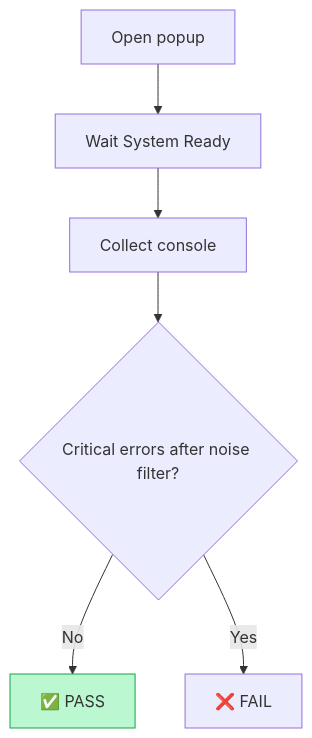
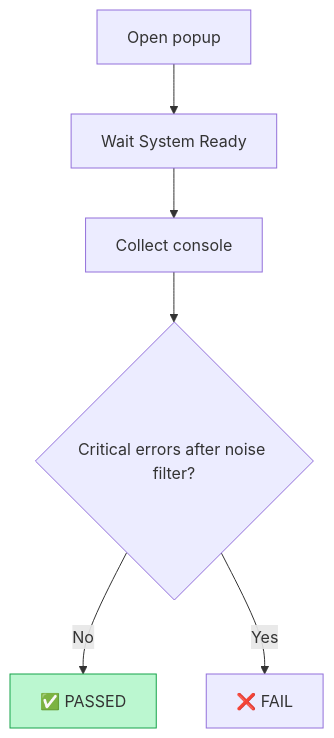
Before and after one commit to GeoWGS84-Testing/Mrsid-Extension: the sixth of 38 diagrams in README.md, drawn with Mermaid. The commit also changed other lines of this file, not shown here.

````diff
--- a/README.md
+++ b/README.md
@@ -317,10 +345,9 @@
 ```mermaid
 flowchart TD
   A[Open popup] --> B[Wait System Ready]
   B --> C[Collect console]
   C --> D{Critical errors after noise filter?}
-  D -->|No| P[✅ PASS]
+  D -->|No| P[✅ PASSED]
   D -->|Yes| X[❌ FAIL]
-
   style P fill:#bbf7d0,stroke:#16a34a
 ```
````
